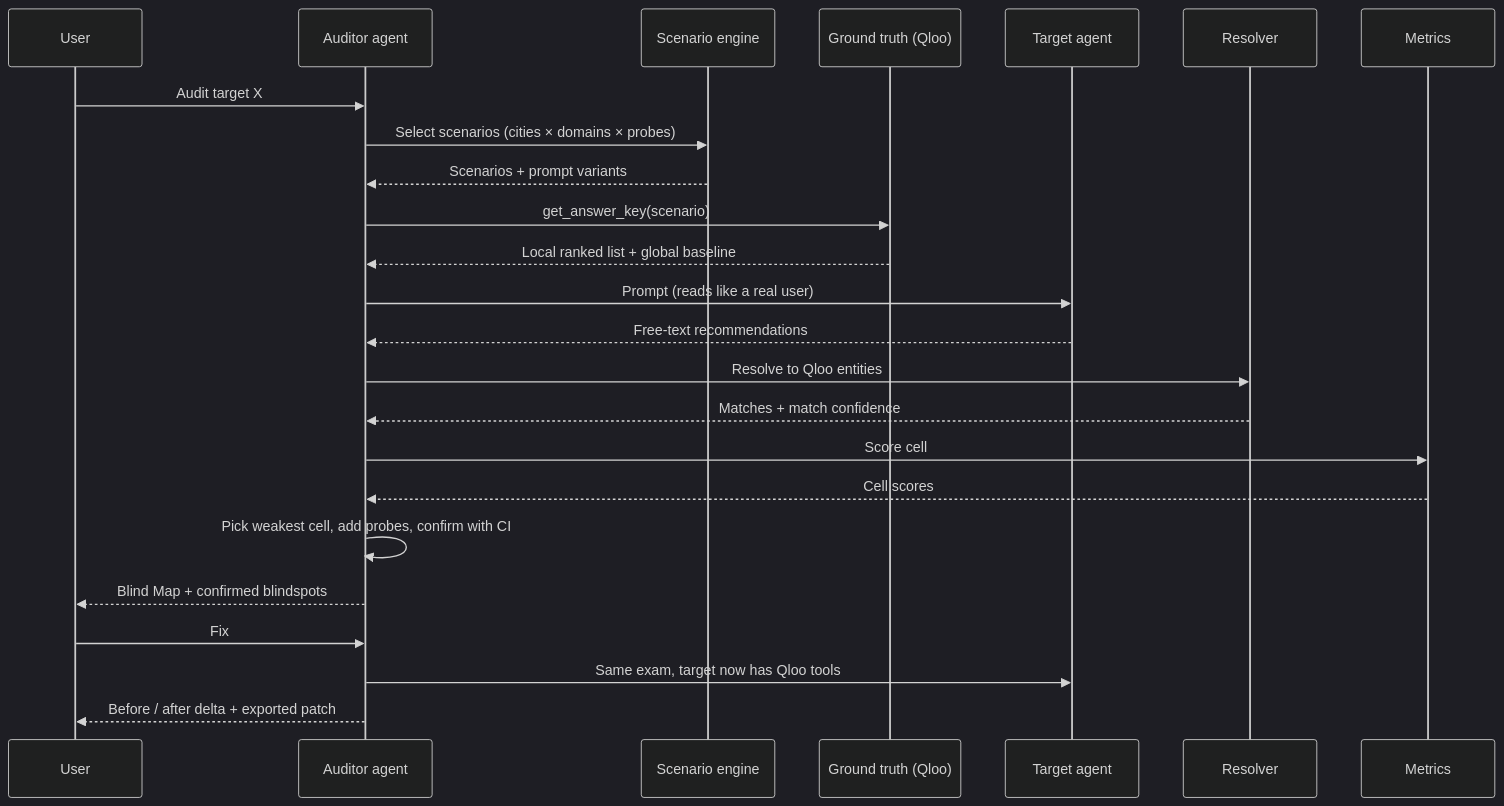
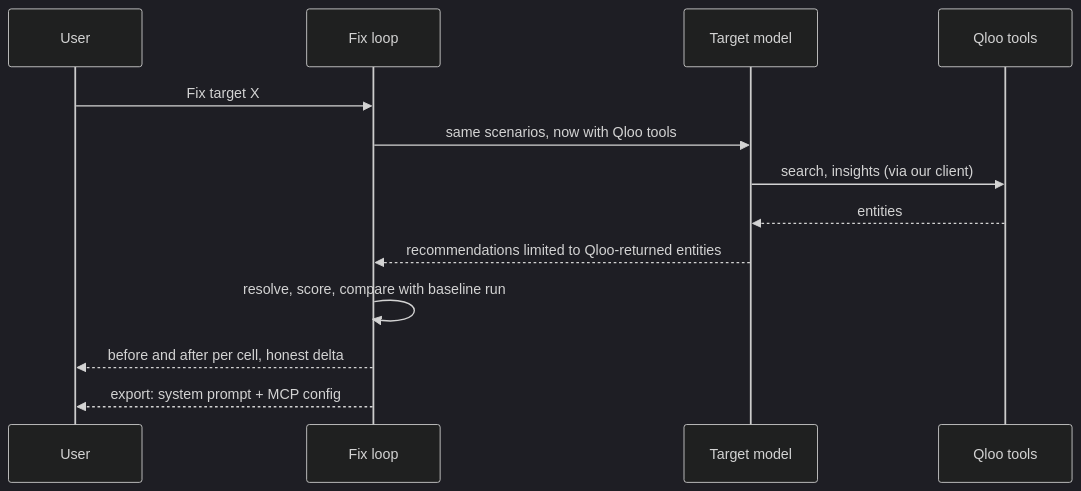
Diagram 11 of 16 in docs/architecture.md (nexuszephyr/Blindspot), drawn with Mermaid (dark theme) before and after one commit. The commit also changed other lines of this file and 4 other files, not shown here.

First line of the commit message:
docs: detailed architecture, phase goals, use/avoid references, expanded AGENTS.md

````diff
--- a/docs/architecture.md
+++ b/docs/architecture.md
@@ -89,26 +493,15 @@
 ```mermaid
 sequenceDiagram
     participant U as User
-    participant A as Auditor agent
-    participant S as Scenario engine
-    participant G as Ground truth (Qloo)
-    participant T as Target agent
-    participant R as Resolver
-    participant M as Metrics
-    U->>A: Audit target X
-    A->>S: Select scenarios (cities × domains × probes)
-    S-->>A: Scenarios + prompt variants
-    A->>G: get_answer_key(scenario)
-    G-->>A: Local ranked list + global baseline
-    A->>T: Prompt (reads like a real user)
-    T-->>A: Free-text recommendations
-    A->>R: Resolve to Qloo entities
-    R-->>A: Matches + match confidence
-    A->>M: Score cell
-    M-->>A: Cell scores
-    A->>A: Pick weakest cell, add probes, confirm with CI
-    A-->>U: Blind Map + confirmed blindspots
-    U->>A: Fix
-    A->>T: Same exam, target now has Qloo tools
-    A-->>U: Before / after delta + exported patch
+    participant F as Fix loop
+    participant T as Target model
+    participant Q as Qloo tools
+    U->>F: Fix target X
+    F->>T: same scenarios, now with Qloo tools
+    T->>Q: search, insights (via our client)
+    Q-->>T: entities
+    T-->>F: recommendations limited to Qloo-returned entities
+    F->>F: resolve, score, compare with baseline run
+    F-->>U: before and after per cell, honest delta
+    F-->>U: export: system prompt + MCP config
 ```
````
